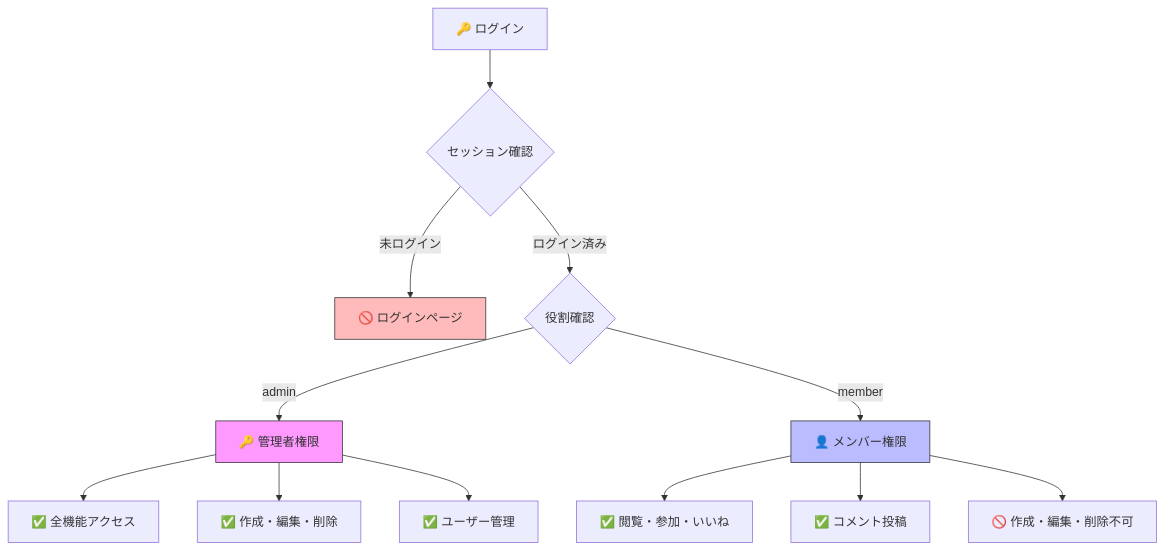
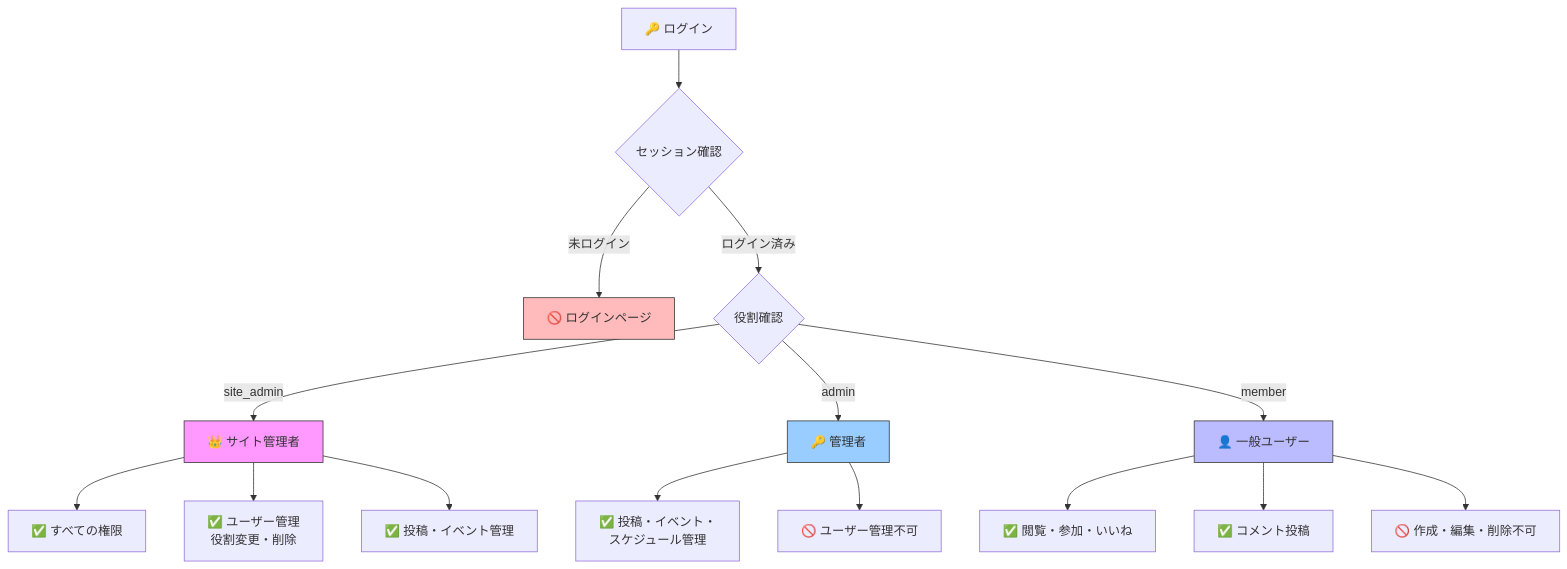
The fourth of 12 diagrams in README.md (shuhei0720/keion-circle-site), drawn with Mermaid before and after one commit. The commit also changed other lines of this file, not shown here.

Commit message:
docs: README更新 - 最新の図・ディレクトリ構造・環境変数を反映
- 権限管理の図を3段階（site_admin/admin/member）に更新
- E2Eテストディレクトリにemail-verification.spec.ts、user-management.spec.ts、global-setup.tsを追加
- テストカバレッジを13件→26件に更新（ユーザー管理テスト12件追加）
- .env.exampleにResend設定（メール送信用）を追加

````diff
--- a/README.md
+++ b/README.md
@@ -176,21 +176,26 @@
 ```mermaid
 graph TB
     A[🔑 ログイン] --> B{セッション確認}
     B -->|未ログイン| C[🚫 ログインページ]
     B -->|ログイン済み| D{役割確認}
     
-    D -->|admin| E[🔑 管理者権限]
-    D -->|member| F[👤 メンバー権限]
+    D -->|site_admin| E[👑 サイト管理者]
+    D -->|admin| F[🔑 管理者]
+    D -->|member| G[👤 一般ユーザー]
     
-    E --> G[✅ 全機能アクセス]
-    E --> H[✅ 作成・編集・削除]
-    E --> I[✅ ユーザー管理]
+    E --> H[✅ すべての権限]
+    E --> I[✅ ユーザー管理<br/>役割変更・削除]
+    E --> J[✅ 投稿・イベント管理]
     
-    F --> J[✅ 閲覧・参加・いいね]
-    F --> K[✅ コメント投稿]
-    F --> L[🚫 作成・編集・削除不可]
+    F --> K[✅ 投稿・イベント・<br/>スケジュール管理]
+    F --> L[🚫 ユーザー管理不可]
+    
+    G --> M[✅ 閲覧・参加・いいね]
+    G --> N[✅ コメント投稿]
+    G --> O[🚫 作成・編集・削除不可]
     
     style E fill:#f9f,stroke:#333
-    style F fill:#bbf,stroke:#333
+    style F fill:#9cf,stroke:#333
+    style G fill:#bbf,stroke:#333
     style C fill:#fbb,stroke:#333
 ```
````
